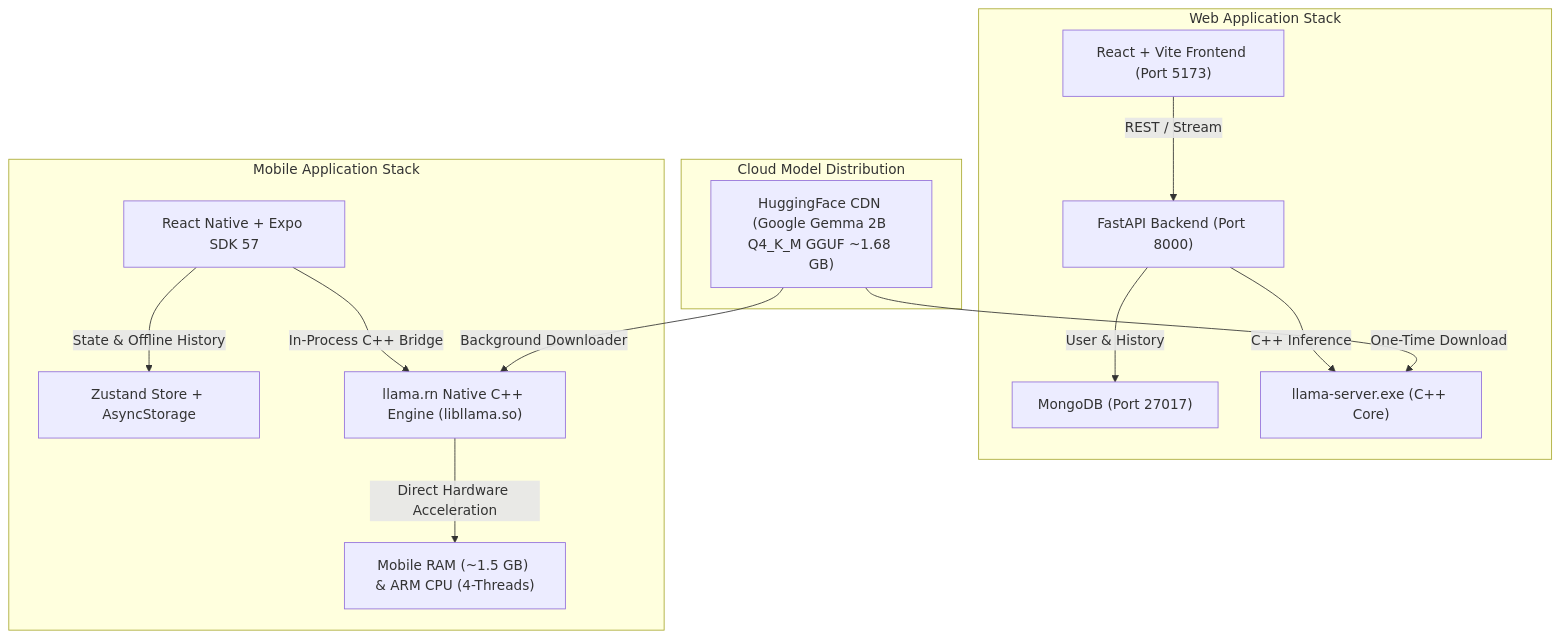
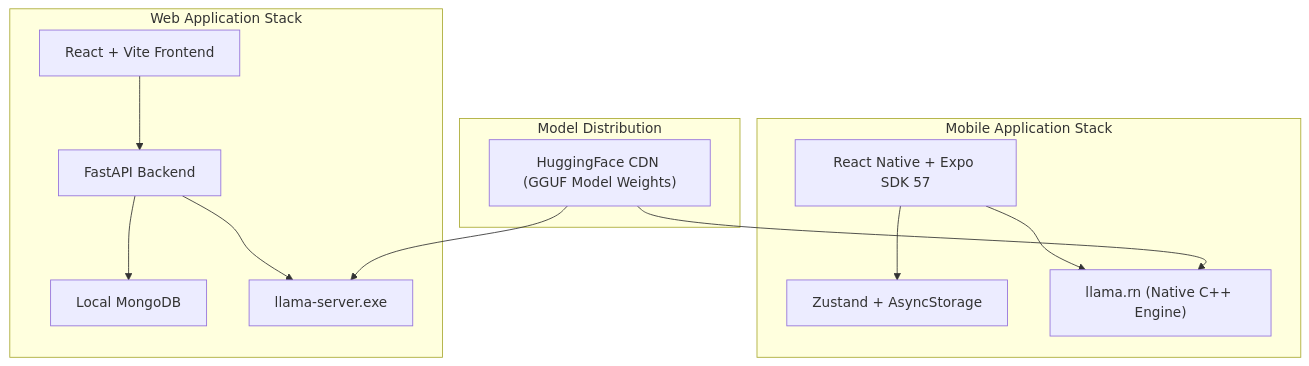
Before and after one commit to ssiddiquiii/car-specialist-gpt: the diagram in README.md, drawn with Mermaid. The commit also changed other lines of this file, not shown here.

````diff
--- a/README.md
+++ b/README.md
@@ -36,31 +30,29 @@
 ```mermaid
 flowchart TD
-    subgraph WEB_SYSTEM["Web Application Stack"]
-        VITE["React + Vite Frontend (Port 5173)"]
-        FASTAPI["FastAPI Backend (Port 8000)"]
-        MONGO["MongoDB (Port 27017)"]
-        LLAMA_SERVER["llama-server.exe (C++ Core)"]
+    subgraph Web_Stack["Web Application Stack"]
+        VITE["React + Vite Frontend"]
+        FASTAPI["FastAPI Backend"]
+        MONGO["Local MongoDB"]
+        LLAMA_SERVER["llama-server.exe"]
         
-        VITE -->|REST / Stream| FASTAPI
-        FASTAPI -->|User & History| MONGO
-        FASTAPI -->|C++ Inference| LLAMA_SERVER
+        VITE --> FASTAPI
+        FASTAPI --> MONGO
+        FASTAPI --> LLAMA_SERVER
     end
 
-    subgraph MOBILE_SYSTEM["Mobile Application Stack"]
+    subgraph Mobile_Stack["Mobile Application Stack"]
         EXPO["React Native + Expo SDK 57"]
-        ZUSTAND["Zustand Store + AsyncStorage"]
-        LLAMA_RN["llama.rn Native C++ Engine (libllama.so)"]
-        CPU_RAM["Mobile RAM (~1.5 GB) & ARM CPU (4-Threads)"]
+        STORE["Zustand + AsyncStorage"]
+        LLAMA_RN["llama.rn (Native C++ Engine)"]
         
-        EXPO -->|State & Offline History| ZUSTAND
-        EXPO -->|In-Process C++ Bridge| LLAMA_RN
-        LLAMA_RN -->|Direct Hardware Acceleration| CPU_RAM
+        EXPO --> STORE
+        EXPO --> LLAMA_RN
     end
 
-    subgraph MODEL_STORAGE["Cloud Model Distribution"]
-        HF["HuggingFace CDN (Google Gemma 2B Q4_K_M GGUF ~1.68 GB)"]
+    subgraph Storage["Model Distribution"]
+        HF["HuggingFace CDN (GGUF Model Weights)"]
     end
 
-    HF -->|One-Time Download| LLAMA_SERVER
-    HF -->|Background Downloader| LLAMA_RN
+    HF --> LLAMA_SERVER
+    HF --> LLAMA_RN
 ```
````
